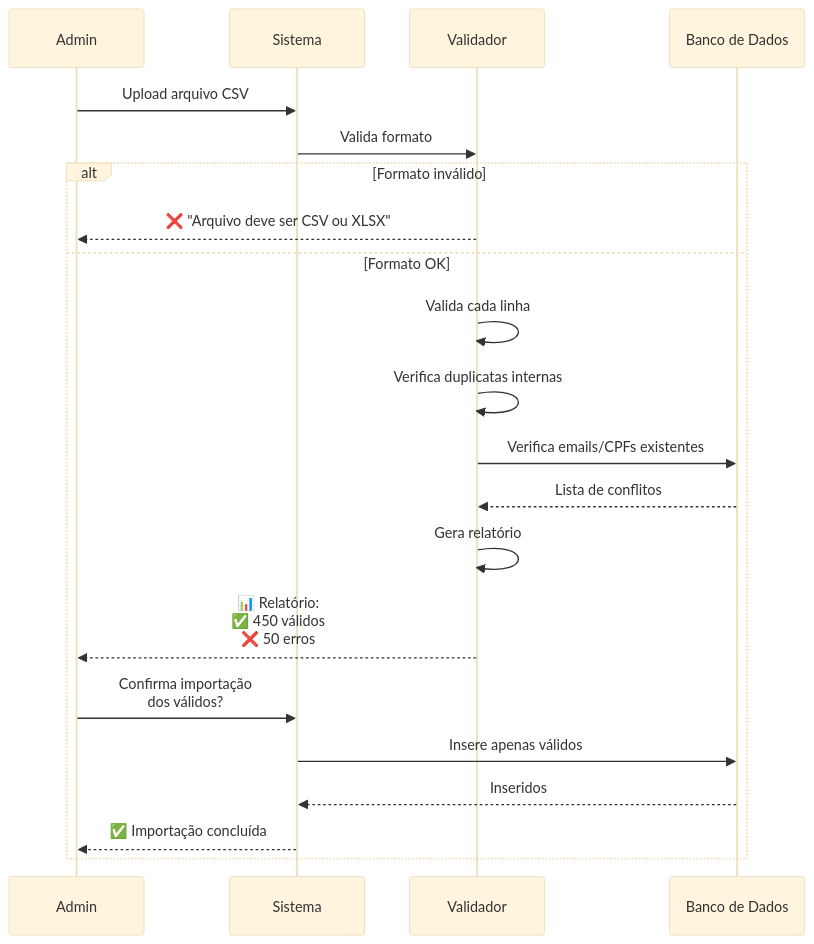
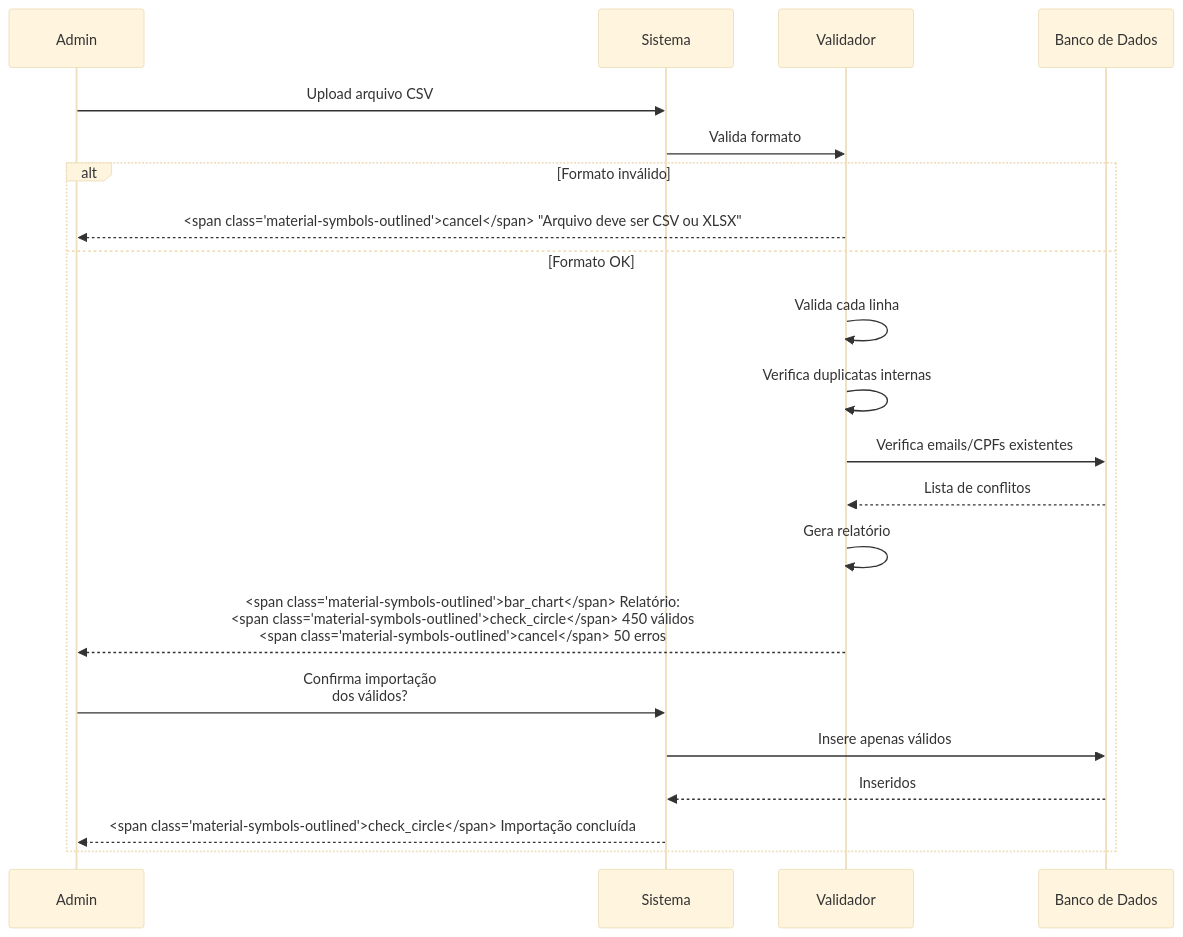
One commit to fabioeducacross/Ambiente_de_Prototipacao_V5 changed the third of 5 diagrams in documentation/docs/business-rules/validation-rules.md. Above: the diagram before and after it, drawn with Mermaid (base theme). The commit also changed other lines of this file and 46 other files, not shown here.

First line of the commit message:
feat: substitui emojis por Material Symbols icons na wiki

````diff
--- a/documentation/docs/business-rules/validation-rules.md
+++ b/documentation/docs/business-rules/validation-rules.md
@@ -180,28 +180,28 @@
 ```mermaid
 sequenceDiagram
     participant A as Admin
     participant S as Sistema
     participant V as Validador
     participant DB as Banco de Dados
     
     A->>S: Upload arquivo CSV
     S->>V: Valida formato
     
     alt Formato inválido
-        V-->>A: ❌ "Arquivo deve ser CSV ou XLSX"
+        V-->>A: <span class="material-symbols-outlined">cancel</span> "Arquivo deve ser CSV ou XLSX"
     else Formato OK
         V->>V: Valida cada linha
         V->>V: Verifica duplicatas internas
         V->>DB: Verifica emails/CPFs existentes
         
         DB-->>V: Lista de conflitos
         V->>V: Gera relatório
         
-        V-->>A: 📊 Relatório:<br/>✅ 450 válidos<br/>❌ 50 erros
+        V-->>A: <span class="material-symbols-outlined">bar_chart</span> Relatório:<br/><span class="material-symbols-outlined">check_circle</span> 450 válidos<br/><span class="material-symbols-outlined">cancel</span> 50 erros
         
         A->>S: Confirma importação<br/>dos válidos?
         S->>DB: Insere apenas válidos
         DB-->>S: Inseridos
-        S-->>A: ✅ Importação concluída
+        S-->>A: <span class="material-symbols-outlined">check_circle</span> Importação concluída
     end
 ```
````
